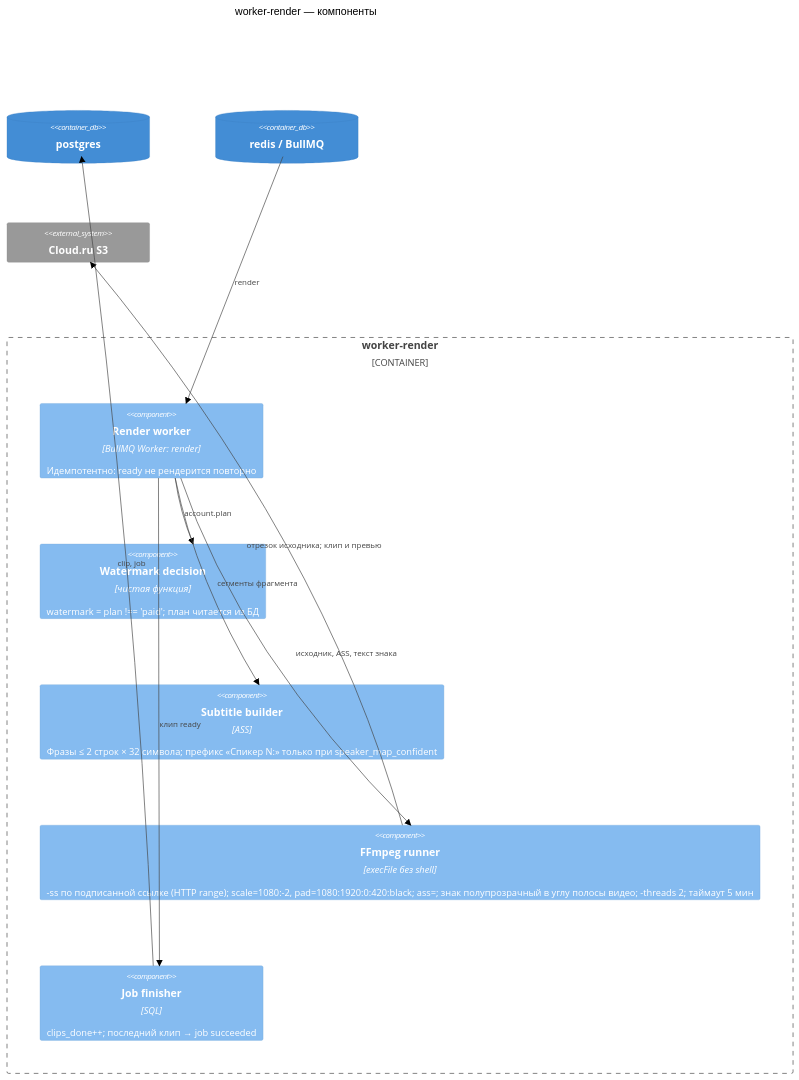
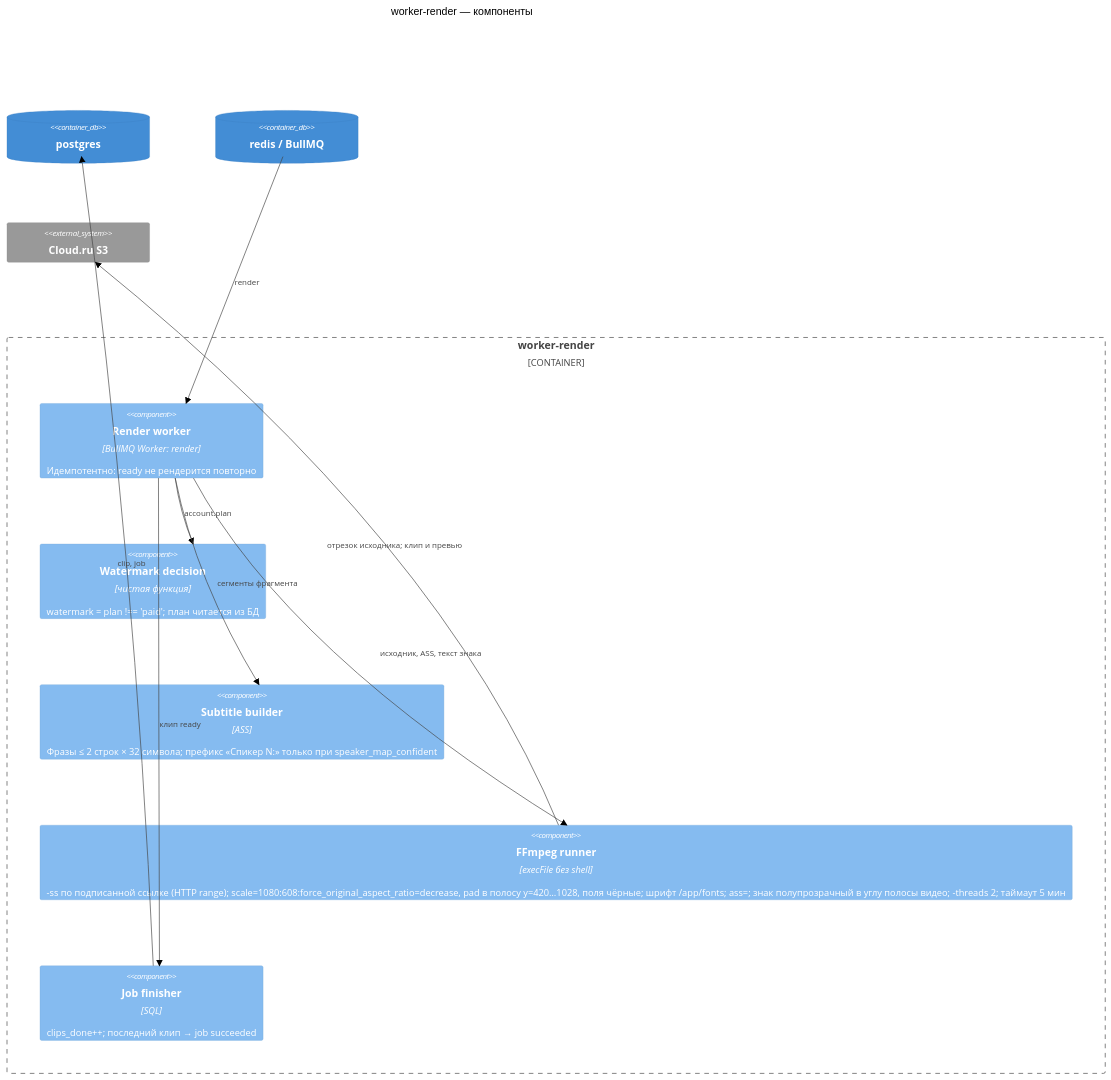
Before and after one commit to djd1m/2026-AUG-PU-Projects: the fourth of 4 diagrams in projects/05a-podcast-clips-opus/docs/C4_Diagrams.md, drawn with Mermaid (forest theme). The commit also changed 16 other files, not shown here.

````diff
--- a/projects/05a-podcast-clips-opus/docs/C4_Diagrams.md
+++ b/projects/05a-podcast-clips-opus/docs/C4_Diagrams.md
@@ -120,21 +120,21 @@
 ```mermaid
 C4Component
   title worker-render — компоненты
   ContainerDb(postgres, "postgres")
   ContainerDb(redis, "redis / BullMQ")
   System_Ext(s3, "Cloud.ru S3")
   Container_Boundary(rw, "worker-render") {
     Component(renderw, "Render worker", "BullMQ Worker: render", "Идемпотентно: ready не рендерится повторно")
     Component(plan, "Watermark decision", "чистая функция", "watermark = plan !== 'paid'; план читается из БД")
     Component(ass, "Subtitle builder", "ASS", "Фразы ≤ 2 строк × 32 символа; префикс «Спикер N:» только при speaker_map_confident")
-    Component(ffmpeg, "FFmpeg runner", "execFile без shell", "-ss по подписанной ссылке (HTTP range); scale=1080:-2, pad=1080:1920:0:420:black; ass=; знак полупрозрачный в углу полосы видео; -threads 2; таймаут 5 мин")
+    Component(ffmpeg, "FFmpeg runner", "execFile без shell", "-ss по подписанной ссылке (HTTP range); scale=1080:608:force_original_aspect_ratio=decrease, pad в полосу y=420…1028, поля чёрные; шрифт /app/fonts; ass=; знак полупрозрачный в углу полосы видео; -threads 2; таймаут 5 мин")
     Component(finisher, "Job finisher", "SQL", "clips_done++; последний клип → job succeeded")
   }
   Rel(redis, renderw, "render")
   Rel(renderw, plan, "account.plan")
   Rel(renderw, ass, "сегменты фрагмента")
   Rel(renderw, ffmpeg, "исходник, ASS, текст знака")
   Rel(ffmpeg, s3, "отрезок исходника; клип и превью")
   Rel(renderw, finisher, "клип ready")
   Rel(finisher, postgres, "clip, job")
 ```
````
